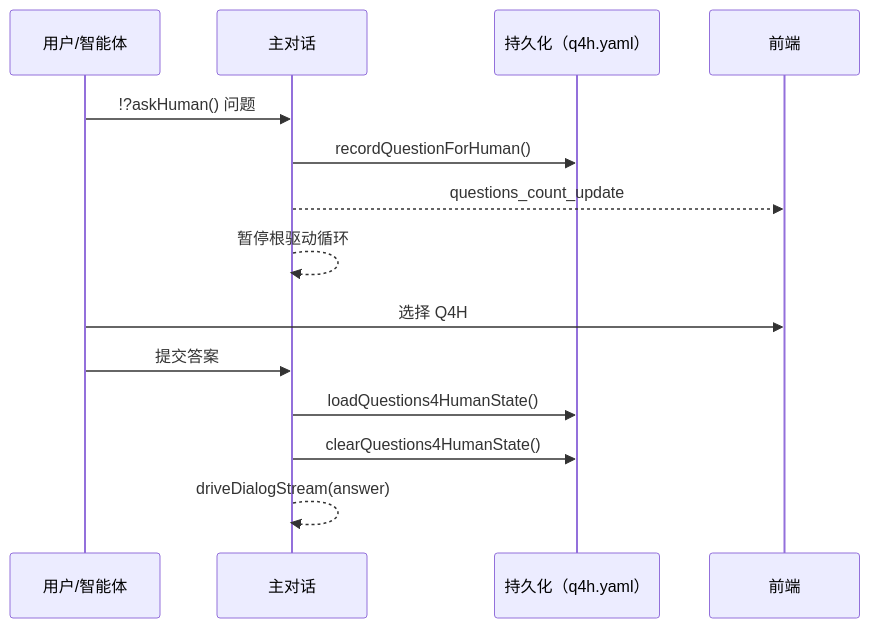
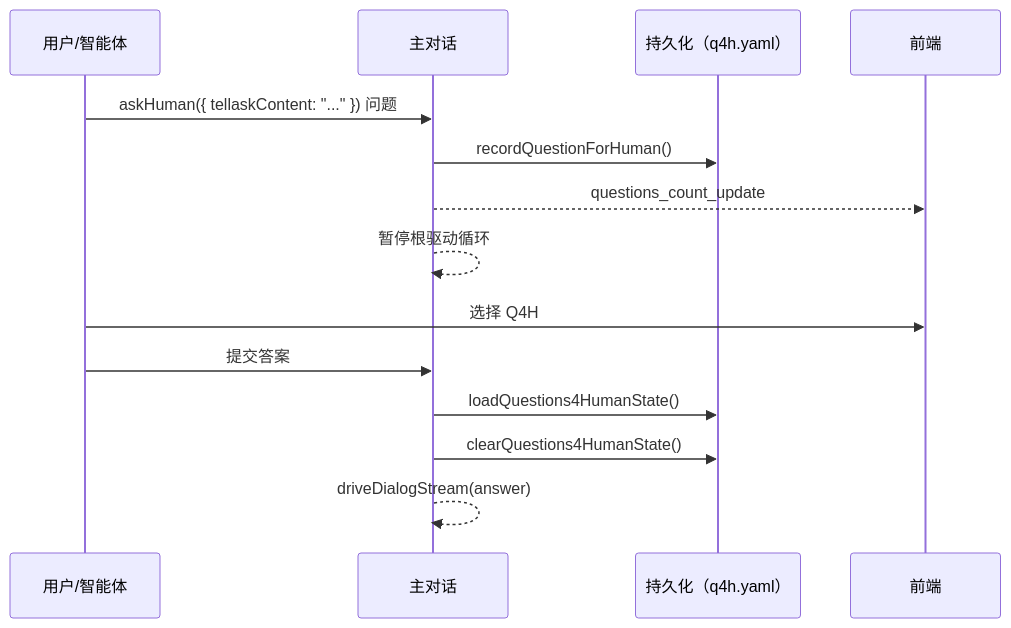
One commit to longrun-ai/dominds changed diagram 15 of 18 in docs/dialog-system.zh.md. Above: the diagram before and after it, drawn with Mermaid. The commit also changed other lines of this file and 13 other files, not shown here.

````diff
--- a/docs/dialog-system.zh.md
+++ b/docs/dialog-system.zh.md
@@ -1185,18 +1220,18 @@
 ```mermaid
 sequenceDiagram
 	  participant User as 用户/智能体
   participant Main as 主对话
   participant Store as 持久化（q4h.yaml）
   participant UI as 前端
 
-  User->>Main: !?askHuman() 问题
+  User->>Main: askHuman({ tellaskContent: "..." }) 问题
   Main->>Store: recordQuestionForHuman()
   Main-->>UI: questions_count_update
   Main-->>Main: 暂停根驱动循环
 
   User->>UI: 选择 Q4H
   User->>Main: 提交答案
   Main->>Store: loadQuestions4HumanState()
   Main->>Store: clearQuestions4HumanState()
   Main-->>Main: driveDialogStream(answer)
 ```
````
